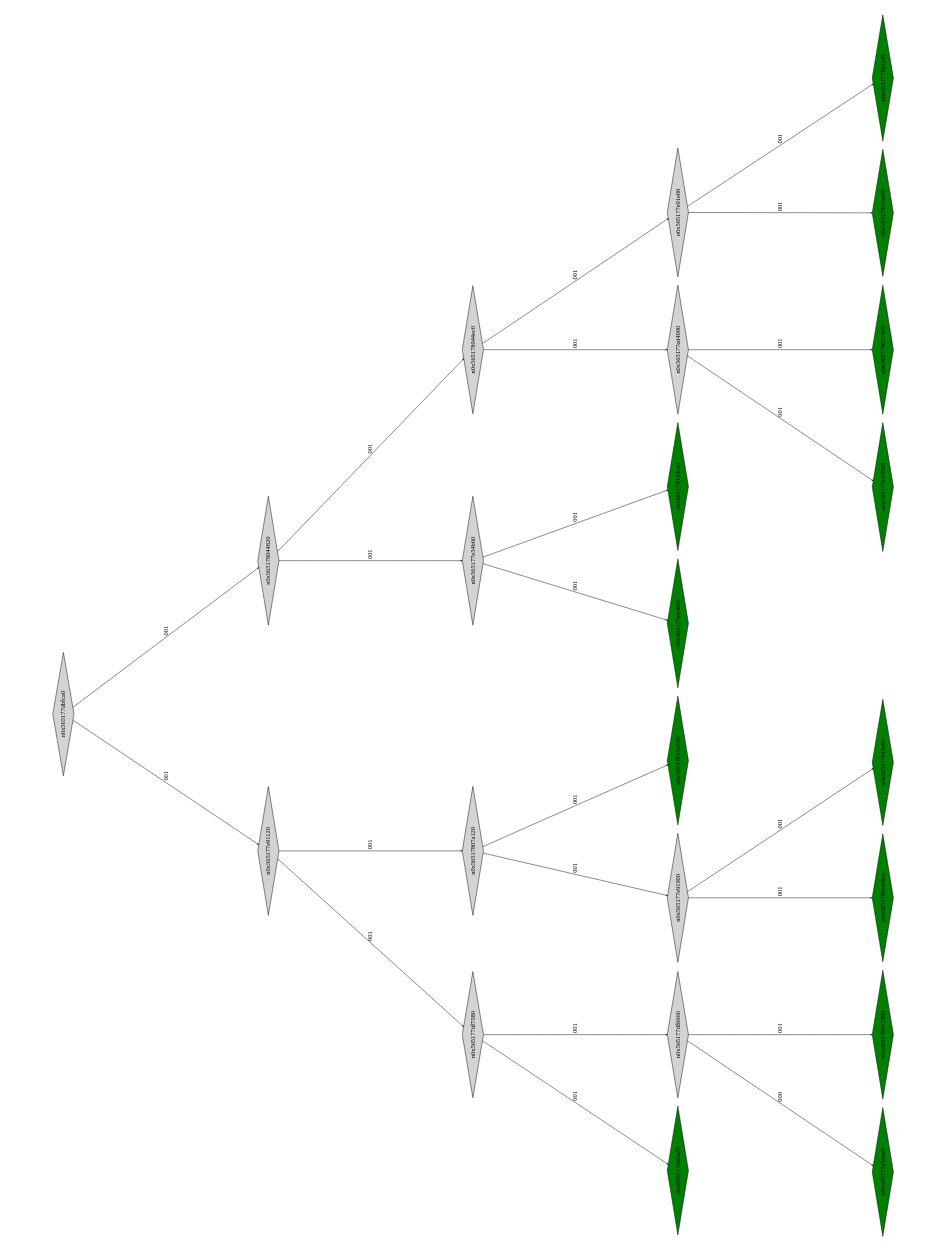
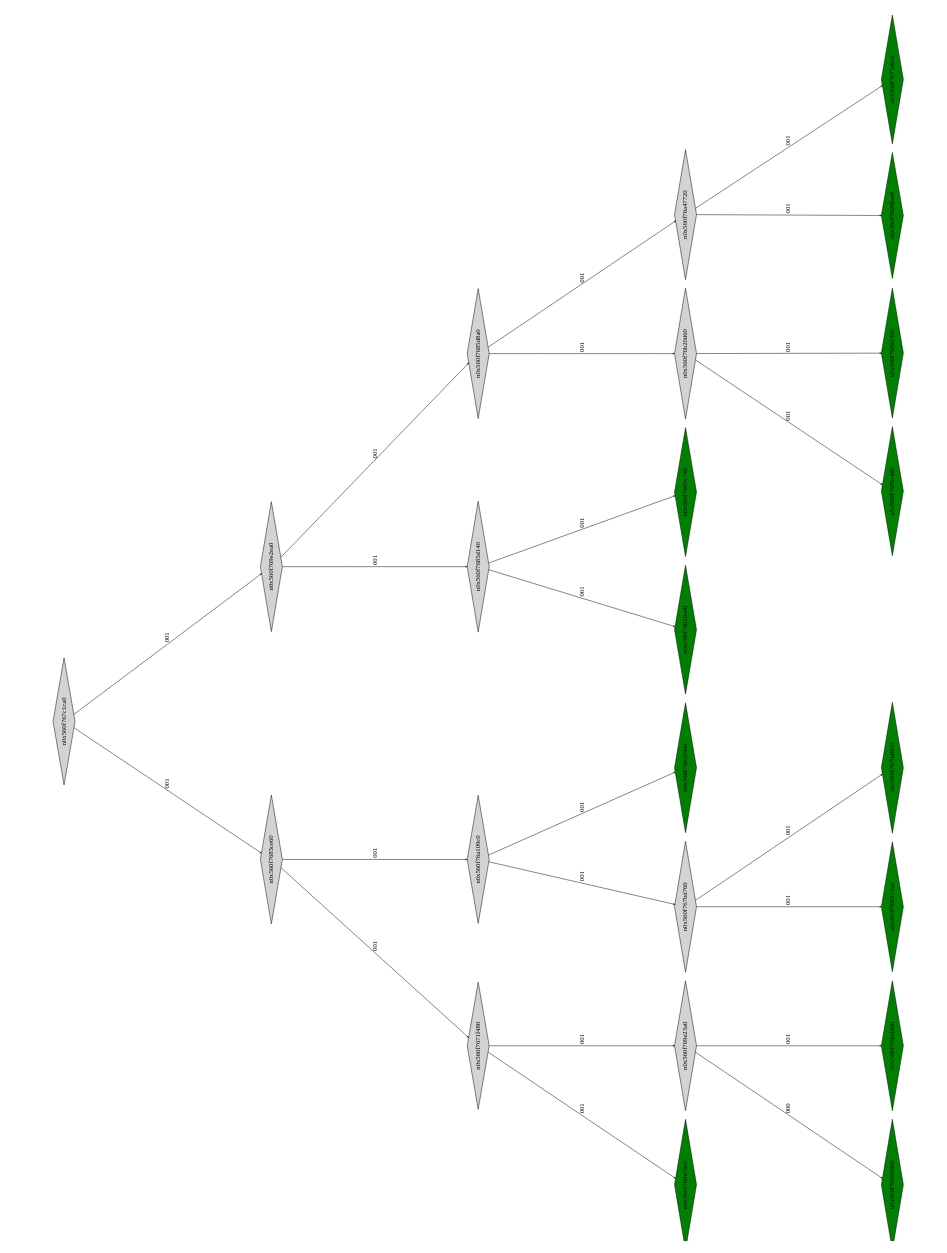
One commit to Research-Tools-PAVT/PSE-Program-Examples changed the diagram in montyhall_klee_out/ptree_00001141.dot. Above: the diagram before and after it, drawn with Graphviz. The commit also changed 36 other files, not shown here.

```diff
--- a/montyhall_klee_out/ptree_00001141.dot
+++ b/montyhall_klee_out/ptree_00001141.dot
@@ -1,53 +1,53 @@
 digraph G {
 	size="10,7.5";
 	ratio=fill;
 	rotate=90;
 	center = "true";
 	node [style="filled",width=.1,height=.1,fontname="Terminus"]
 	edge [arrowsize=.3]
-	n0x565177dbfca0 [shape=diamond];
-	n0x565177dbfca0 -> n0x565177e91120 [label=001];
-	n0x565177dbfca0 -> n0x565178044820 [label=001];
-	n0x565178044820 [shape=diamond];
-	n0x565178044820 -> n0x565177e54b60 [label=001];
-	n0x565178044820 -> n0x565178044ec0 [label=001];
-	n0x565178044ec0 [shape=diamond];
-	n0x565178044ec0 -> n0x565177ed4000 [label=001];
-	n0x565178044ec0 -> n0x565177e91e00 [label=001];
-	n0x565177e91e00 [shape=diamond];
-	n0x565177e91e00 -> n0x56517807ac00 [label=001];
-	n0x565177e91e00 -> n0x565177fd3240 [label=001];
-	n0x565177fd3240 [shape=diamond,fillcolor=green];
-	n0x56517807ac00 [shape=diamond,fillcolor=green];
-	n0x565177ed4000 [shape=diamond];
-	n0x565177ed4000 -> n0x565177e55080 [label=001];
-	n0x565177ed4000 -> n0x565178017460 [label=001];
-	n0x565178017460 [shape=diamond,fillcolor=green];
-	n0x565177e55080 [shape=diamond,fillcolor=green];
-	n0x565177e54b60 [shape=diamond];
-	n0x565177e54b60 -> n0x565177ed46e0 [label=001];
-	n0x565177e54b60 -> n0x565178154ce0 [label=001];
-	n0x565178154ce0 [shape=diamond,fillcolor=green];
-	n0x565177ed46e0 [shape=diamond,fillcolor=green];
-	n0x565177e91120 [shape=diamond];
-	n0x565177e91120 -> n0x565177df7580 [label=001];
-	n0x565177e91120 -> n0x56517807a120 [label=001];
-	n0x56517807a120 [shape=diamond];
-	n0x56517807a120 -> n0x565177e91900 [label=001];
-	n0x56517807a120 -> n0x565178154780 [label=001];
-	n0x565178154780 [shape=diamond,fillcolor=green];
-	n0x565177e91900 [shape=diamond];
-	n0x565177e91900 -> n0x5651780164c0 [label=001];
-	n0x565177e91900 -> n0x565177fd3e60 [label=001];
-	n0x565177fd3e60 [shape=diamond,fillcolor=green];
-	n0x5651780164c0 [shape=diamond,fillcolor=green];
-	n0x565177df7580 [shape=diamond];
-	n0x565177df7580 -> n0x565177ed5a20 [label=001];
-	n0x565177df7580 -> n0x565177df6660 [label=001];
-	n0x565177df6660 [shape=diamond];
-	n0x565177df6660 -> n0x565177e54ee0 [label=000];
-	n0x565177df6660 -> n0x565178017880 [label=001];
-	n0x565178017880 [shape=diamond,fillcolor=green];
-	n0x565177e54ee0 [shape=diamond,fillcolor=green];
-	n0x565177ed5a20 [shape=diamond,fillcolor=green];
+	n0x560f767c1ca0 [shape=diamond];
+	n0x560f767c1ca0 -> n0x560f7685ce60 [label=001];
+	n0x560f767c1ca0 -> n0x560f769e2ea0 [label=001];
+	n0x560f769e2ea0 [shape=diamond];
+	n0x560f769e2ea0 -> n0x560f7685d140 [label=001];
+	n0x560f769e2ea0 -> n0x560f7685d8a0 [label=001];
+	n0x560f7685d8a0 [shape=diamond];
+	n0x560f7685d8a0 -> n0x560f76b20d60 [label=001];
+	n0x560f7685d8a0 -> n0x560f76a47720 [label=001];
+	n0x560f76a47720 [shape=diamond];
+	n0x560f76a47720 -> n0x560f7699fae0 [label=001];
+	n0x560f76a47720 -> n0x560f7671e0c0 [label=001];
+	n0x560f7671e0c0 [shape=diamond,fillcolor=green];
+	n0x560f7699fae0 [shape=diamond,fillcolor=green];
+	n0x560f76b20d60 [shape=diamond];
+	n0x560f76b20d60 -> n0x560f7685c480 [label=001];
+	n0x560f76b20d60 -> n0x560f768a0340 [label=001];
+	n0x560f768a0340 [shape=diamond,fillcolor=green];
+	n0x560f7685c480 [shape=diamond,fillcolor=green];
+	n0x560f7685d140 [shape=diamond];
+	n0x560f7685d140 -> n0x560f76b20ce0 [label=001];
+	n0x560f7685d140 -> n0x560f7685c740 [label=001];
+	n0x560f7685c740 [shape=diamond,fillcolor=green];
+	n0x560f76b20ce0 [shape=diamond,fillcolor=green];
+	n0x560f7685ce60 [shape=diamond];
+	n0x560f7685ce60 -> n0x560f7671f480 [label=001];
+	n0x560f7685ce60 -> n0x560f76a109c0 [label=001];
+	n0x560f76a109c0 [shape=diamond];
+	n0x560f76a109c0 -> n0x560f767bd760 [label=001];
+	n0x560f76a109c0 -> n0x560f76b204a0 [label=001];
+	n0x560f76b204a0 [shape=diamond,fillcolor=green];
+	n0x560f767bd760 [shape=diamond];
+	n0x560f767bd760 -> n0x560f768218a0 [label=001];
+	n0x560f767bd760 -> n0x560f767bd900 [label=001];
+	n0x560f767bd900 [shape=diamond,fillcolor=green];
+	n0x560f768218a0 [shape=diamond,fillcolor=green];
+	n0x560f7671f480 [shape=diamond];
+	n0x560f7671f480 -> n0x560f769e36e0 [label=001];
+	n0x560f7671f480 -> n0x560f769e23a0 [label=001];
+	n0x560f769e23a0 [shape=diamond];
+	n0x560f769e23a0 -> n0x560f7685d900 [label=000];
+	n0x560f769e23a0 -> n0x560f769e26a0 [label=001];
+	n0x560f769e26a0 [shape=diamond,fillcolor=green];
+	n0x560f7685d900 [shape=diamond,fillcolor=green];
+	n0x560f769e36e0 [shape=diamond,fillcolor=green];
 }
```
